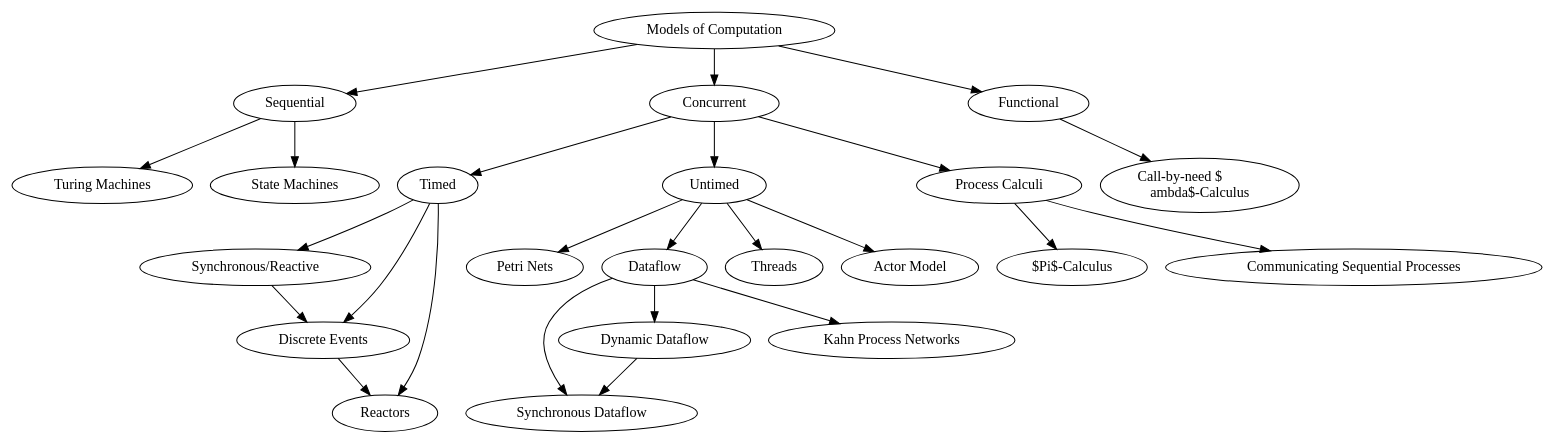
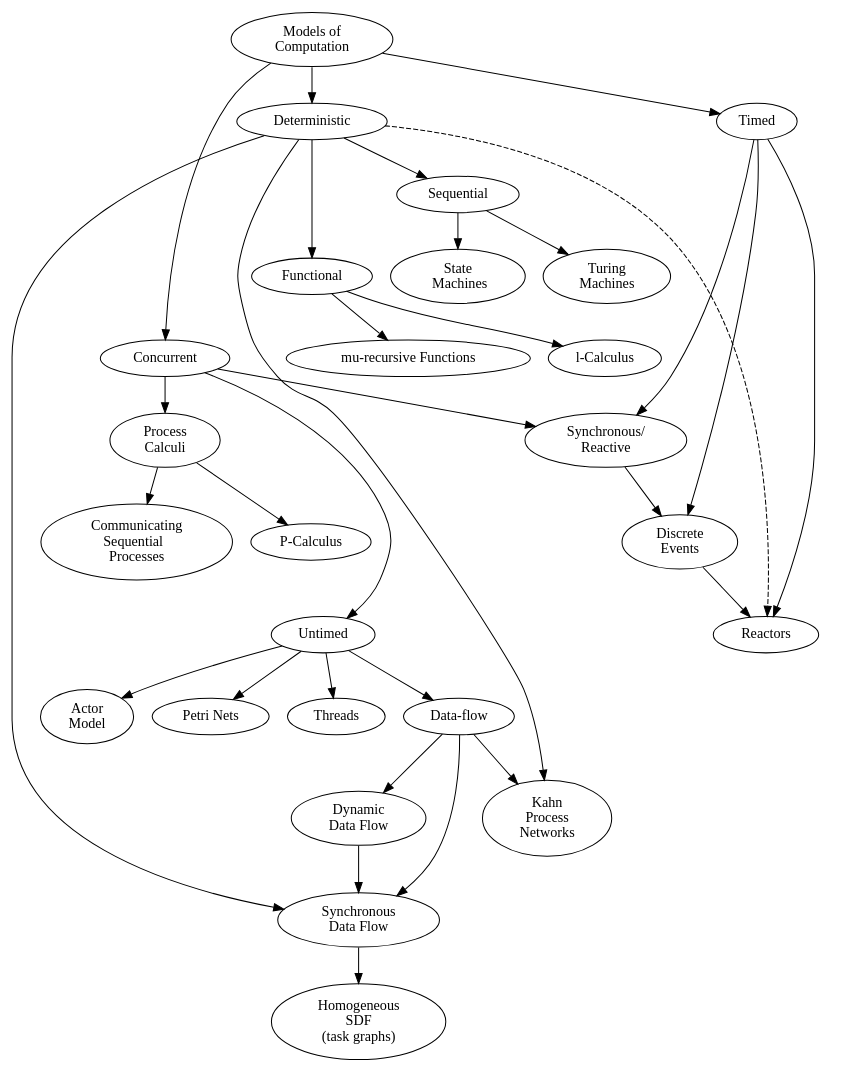
The diagram in data/mocs.dot (goens/phd-thesis), drawn with Graphviz before and after one commit. The commit also changed 10 other files, not shown here.

```diff
--- a/data/mocs.dot
+++ b/data/mocs.dot
@@ -1,50 +1,71 @@
+#dot2tex data/mocs.dot --figonly -t raw --output figures/mocs.tex
 digraph G {
-       root [label = "Models of Computation"];
+       root [label = "Models of \n Computation"];
        seq [ label = "Sequential"];
        concurrent [ label = "Concurrent"];
        t [ label = "Timed"];
        ut [ label = "Untimed"];
+       det [ label = "Deterministic"];
        f [ label = "Functional"];
-       l [ label = "Call-by-need $\lambda$-Calculus"];
-       touring [ label = "Turing Machines"];
-       sm [ label = "State Machines"];
-       pc [ label = "Process Calculi"];
-       pic [ label = "$\Pi$-Calculus"];
-       csp [ label = "Communicating Sequential Processes"];
+       mu [ texlbl = "$\mu$-recursive Functions" label="mu-recursive Functions" ];
+       l [ texlbl = "$\lambda$-Calculus" label="l-Calculus"];
+       touring [ label = "Turing \n Machines"];
+       sm [ label = "State \n  Machines"];
+       pc [ label = "Process \n Calculi"];
+       pic [ texlbl = "$\Pi$-Calculus" label = "P-Calculus"];
+       csp [ label = "Communicating \n Sequential  \n Processes"];
        petri [ label = "Petri Nets"]; 
-       df [ label = "Dataflow"]; 
+       df [ label = "Data-flow"]; 
        threads [ label = "Threads"]; 
-       actors [ label = "Actor Model"]; 
-       sdf [ label = "Synchronous Dataflow"]; 
-       ddf [ label = "Dynamic Dataflow"];
-       kpn [ label = "Kahn Process Networks"];
-       sr [ label = "Synchronous/Reactive"];
-       de [ label = "Discrete Events"];
+       actors [ label = "Actor \n Model"]; 
+       sdf [ label = "Synchronous \n Data Flow"]; 
+       tg [ label = "Homogeneous \n SDF \n (task graphs)"]; 
+       ddf [ label = "Dynamic \n Data Flow"];
+       kpn [ label = "Kahn \n Process \n Networks"];
+       sr [ label = "Synchronous/\n Reactive"];
+       de [ label = "Discrete \n Events"];
        reactors [ label = "Reactors"];
 
-       root -> f;
-       root -> seq;
+       root -> det;
        root -> concurrent;
+       root -> t;
+       det -> f;
+       det -> seq;
+       det -> kpn;
+       det -> sdf;
        f -> l;
+       f -> mu;
        seq -> touring;
        seq -> sm;
-       concurrent -> t;
        concurrent -> ut;
        concurrent -> pc;
+       concurrent -> sr;
        pc -> pic;
        pc -> csp;
        ut -> petri;
        ut -> df;
        ut -> threads;
        ut -> actors;
        df -> kpn;
        df -> sdf;
        df -> ddf;
        ddf -> sdf;
+       sdf -> tg;
        #actors ->[style = 'dashed'] reactors;
+       det -> reactors [ style = dashed ];
        t -> de;
        t -> reactors;
        t -> sr;
        sr -> de;
        de -> reactors;
+
+      #formatting
+      #pic -> t [ style = invis ];
+      t -> kpn [ style = invis ];
+      t -> seq [ style = invis ];
+      seq -> f [ style = invis ];
+      f ->  concurrent [ style = invis ];
+      sr -> df [ style = invis ];
+      pic -> ut [ style = invis ];
+      #concurrent -> seq [ style = invis ];
 }
```
